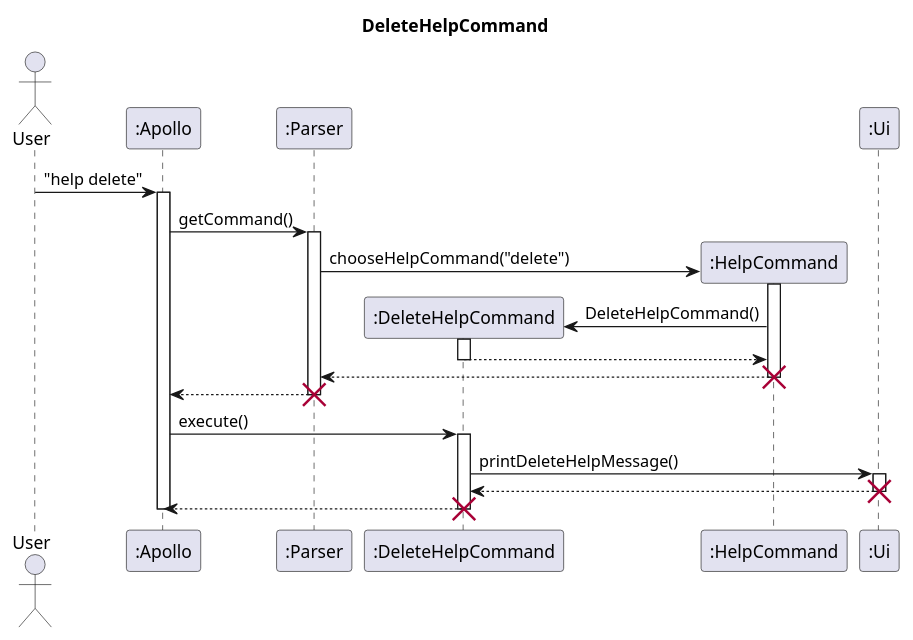
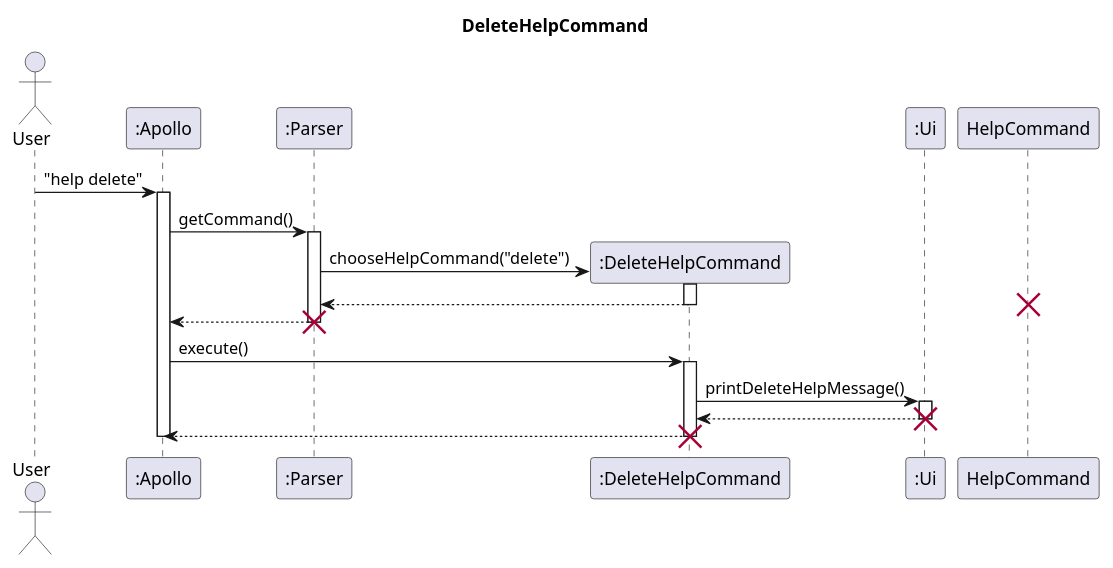
Before and after one commit to nus-cs2113-AY2223S2/tp: the diagram in docs/uml-source/sequence/DeleteHelpCommand.puml, drawn with PlantUML. The commit also changed 3 other files, not shown here.

Commit message:
Change UML diagrams

```diff
--- a/docs/uml-source/sequence/DeleteHelpCommand.puml
+++ b/docs/uml-source/sequence/DeleteHelpCommand.puml
@@ -1,44 +1,42 @@
 @startuml
 'https://plantuml.com/sequence-diagram
 skinparam maxMessageSize 150
 
 title DeleteHelpCommand
 
 actor User
 participant ":Apollo" as Apollo
 participant ":Parser" as Parser
 participant ":DeleteHelpCommand" as DeleteHelp
-participant ":HelpCommand" as HelpCommand
 participant ":Ui" as Ui
 
 User -> Apollo : "help delete"
 activate Apollo
 Apollo -> Parser : getCommand()
 activate Parser
-Parser -> HelpCommand** : chooseHelpCommand("delete")
-activate HelpCommand
-HelpCommand -> DeleteHelp** : DeleteHelpCommand()
+Parser -> DeleteHelp ** : chooseHelpCommand("delete")
+
 activate DeleteHelp
 return
-return
+
 destroy HelpCommand
 
 Parser --> Apollo
 deactivate Parser
 destroy Parser
 
 Apollo -> DeleteHelp: execute()
 DeleteHelp ++
 DeleteHelp -> Ui : printDeleteHelpMessage()
 activate Ui
 Ui --> DeleteHelp
 deactivate Ui
 destroy Ui
 DeleteHelp --> Apollo
 deactivate DeleteHelp
 destroy DeleteHelp
 
 
 deactivate Apollo
 
 @enduml
```
